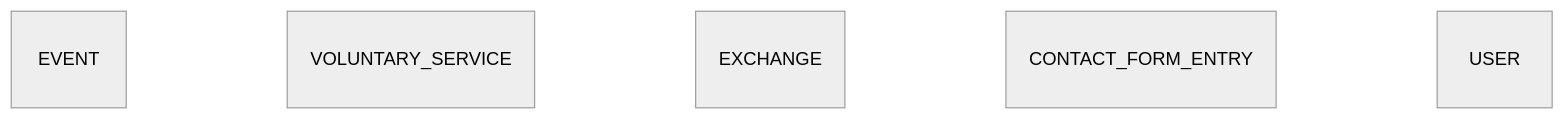
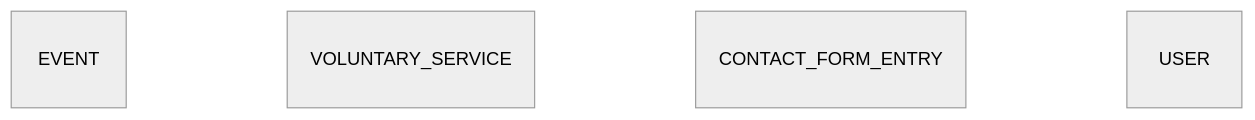
The diagram in docs/entity_model.md (CeviFGI/cevi-int), drawn with Mermaid (neutral theme) before and after one commit. The commit also changed other lines of this file, not shown here.

First line of the commit message:
Remove the EXCHANGE entity from the entity model

````diff
--- a/docs/entity_model.md
+++ b/docs/entity_model.md
@@ -5,8 +5,7 @@
 ```mermaid
 erDiagram
     EVENT { }
     VOLUNTARY_SERVICE { }
-    EXCHANGE { }
     CONTACT_FORM_ENTRY { }
     USER { }
 ```
````
